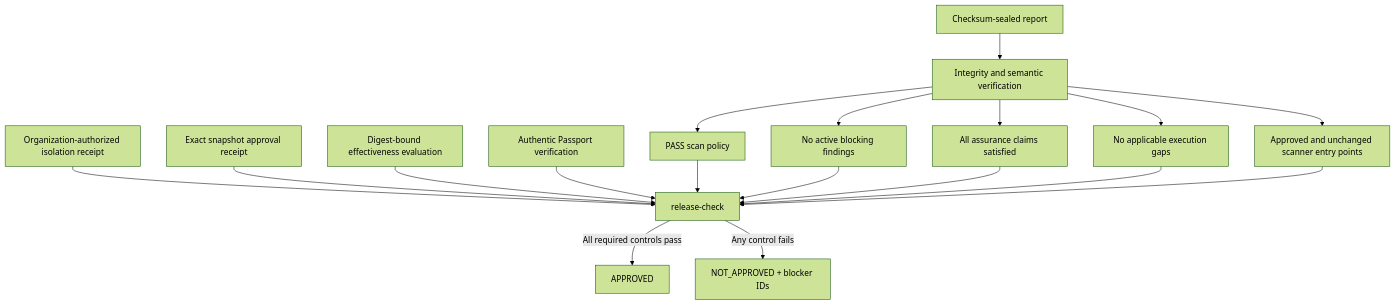
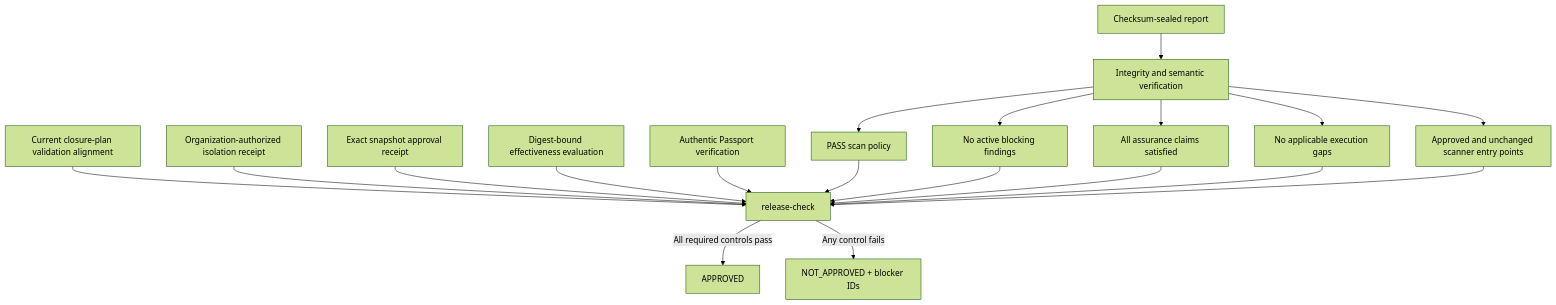
Before and after one commit to willtran87/project-py-security-suite: the diagram in docs/release-readiness.md, drawn with Mermaid (forest theme). The commit also changed other lines of this file and 31 other files, not shown here.

````diff
--- a/docs/release-readiness.md
+++ b/docs/release-readiness.md
@@ -12,20 +12,21 @@
 ```mermaid
 flowchart TD
     Report["Checksum-sealed report"] --> Verify["Integrity and semantic verification"]
     Verify --> Policy["PASS scan policy"]
     Verify --> Findings["No active blocking findings"]
     Verify --> Claims["All assurance claims satisfied"]
     Verify --> Coverage["No applicable execution gaps"]
     Verify --> Trust["Approved and unchanged scanner entry points"]
+    Closure["Current closure-plan validation alignment"] --> Gate
     Isolation["Organization-authorized isolation receipt"] --> Gate["release-check"]
     Intel["Exact snapshot approval receipt"] --> Gate
     Benchmark["Digest-bound effectiveness evaluation"] --> Gate
     Passport["Authentic Passport verification"] --> Gate
     Policy --> Gate
     Findings --> Gate
     Claims --> Gate
     Coverage --> Gate
     Trust --> Gate
     Gate -->|All required controls pass| Approve["APPROVED"]
     Gate -->|Any control fails| Block["NOT_APPROVED + blocker IDs"]
 ```
````
